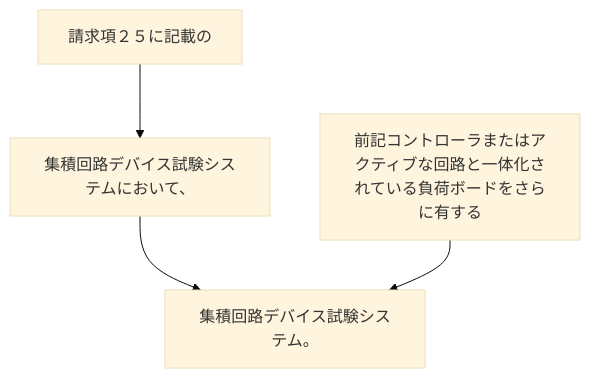
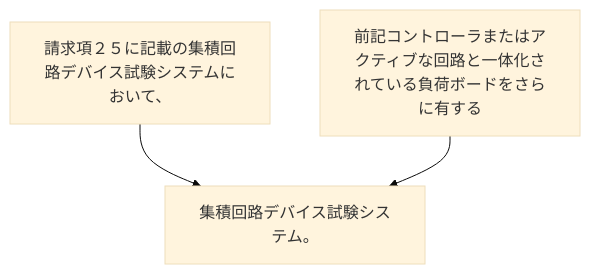
The diagram in 2024/JP2024023283A/claim_27/README.md (shinmori55/patent_analyzed), drawn with Mermaid (base theme) before and after one commit. The commit also changed 336 other files, not shown here.

````diff
--- a/2024/JP2024023283A/claim_27/README.md
+++ b/2024/JP2024023283A/claim_27/README.md
@@ -3,10 +3,8 @@
 ```mermaid
 flowchart TD
-A[請求項２５に記載の]
-B[集積回路デバイス試験システムにおいて、]
-C[前記コントローラまたはアクティブな回路と一体化されている負荷ボードをさらに有する]
-D[集積回路デバイス試験システム。]
-A --> B
-B --> D
-C --> D
+A[請求項２５に記載の集積回路デバイス試験システムにおいて、]
+B[前記コントローラまたはアクティブな回路と一体化されている負荷ボードをさらに有する]
+C[集積回路デバイス試験システム。]
+A --> C
+B --> C
 ```
````
